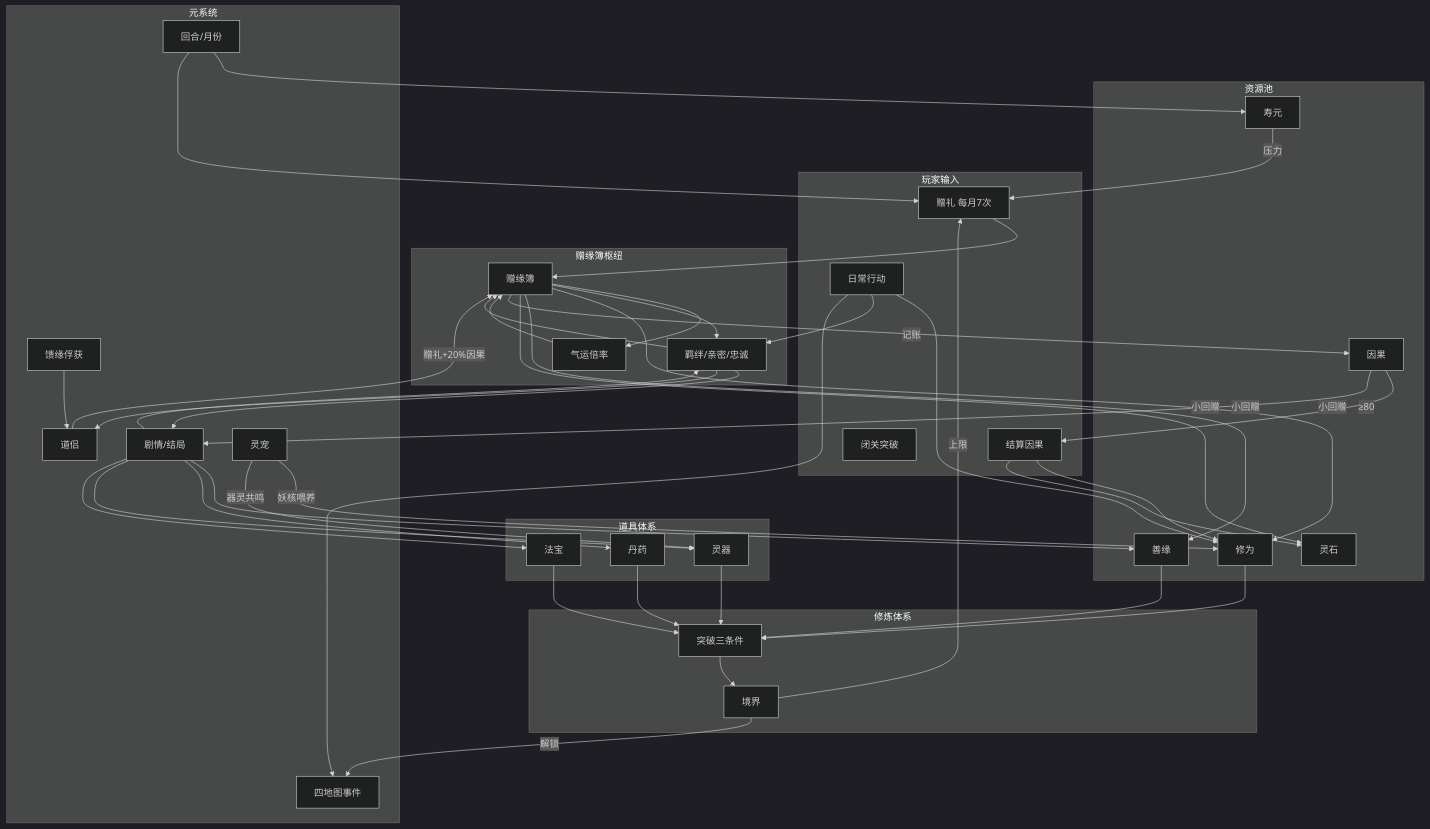
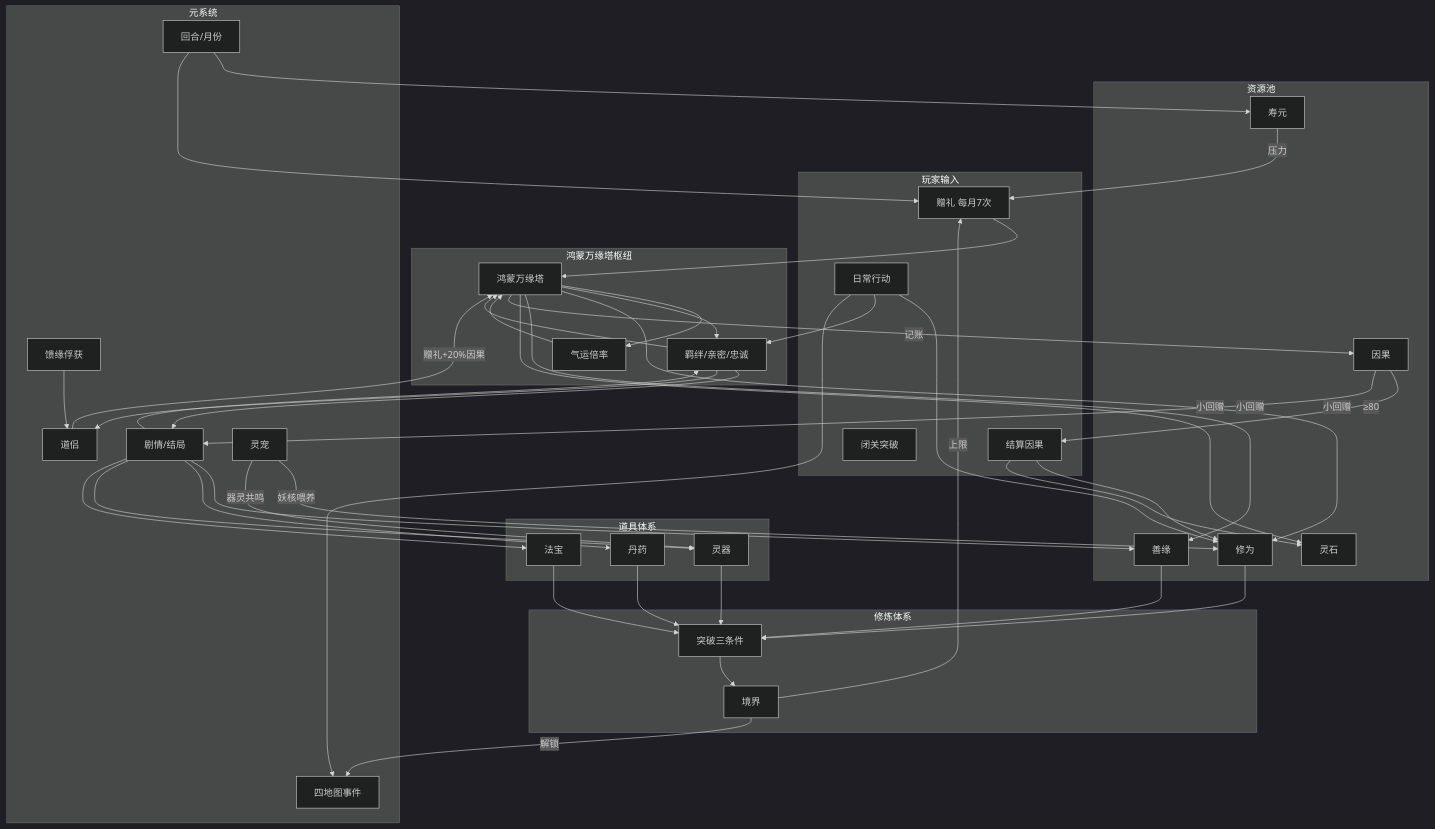
One commit to holyjing88/NovelProject changed the first of 3 diagrams in docs/还礼仙翁传/02-原创剧情.md. Above: the diagram before and after it, drawn with Mermaid (dark theme). The commit also changed other lines of this file and 420 other files, not shown here.

```diff
--- a/docs/还礼仙翁传/02-原创剧情.md
+++ b/docs/还礼仙翁传/02-原创剧情.md
@@ -869,8 +918,8 @@
         BREAK[闭关突破]
     end
 
-    subgraph core [赠缘簿枢纽]
-        GBOOK[赠缘簿]
+    subgraph core [鸿蒙万缘塔枢纽]
+        GBOOK[鸿蒙万缘塔]
         LUCK[气运倍率]
         BOND[羁绊/亲密/忠诚]
     end
```
